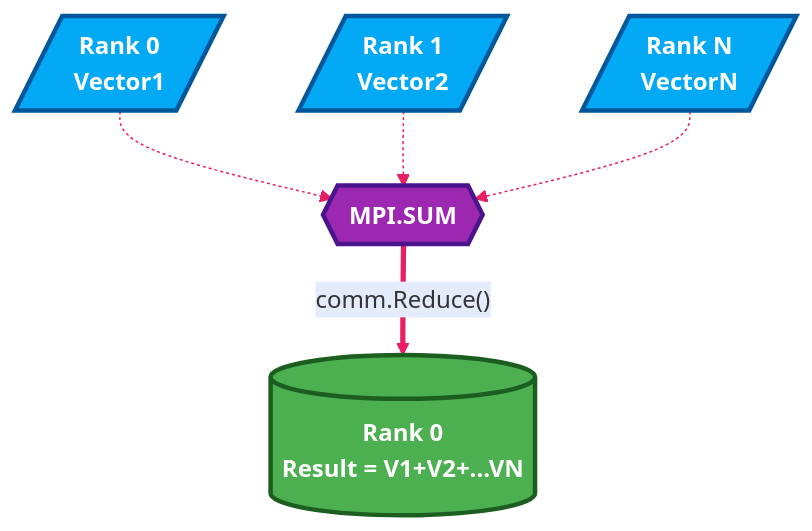
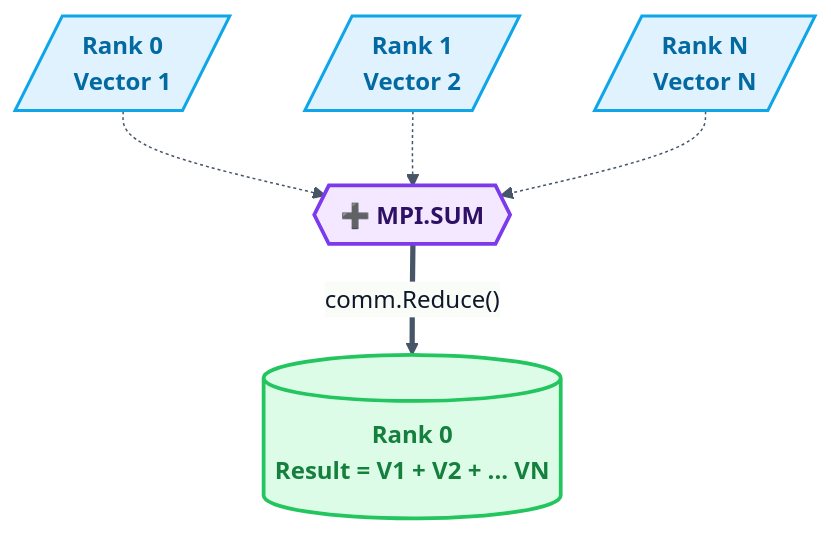
One commit to RameenAnwar/PDC-SP26-SE changed the seventh of 8 diagrams in SyedMuhammadHuzaifaAshrafi-(23FA-035-SE)/Chapter04/README.md. Above: the diagram before and after it, drawn with Mermaid. The commit also changed other lines of this file and 5 other files, not shown here.

````diff
--- a/SyedMuhammadHuzaifaAshrafi-(23FA-035-SE)/Chapter04/README.md
+++ b/SyedMuhammadHuzaifaAshrafi-(23FA-035-SE)/Chapter04/README.md
@@ -369,24 +196,24 @@
 ```mermaid
-%%{init: {'theme': 'base', 'themeVariables': { 'lineColor': '#E91E63', 'primaryColor': '#FCE4EC' }}}%%
+%%{init: {'theme': 'base', 'themeVariables': { 'lineColor': '#475569', 'primaryColor': '#f8fafc', 'primaryTextColor': '#0f172a', 'primaryBorderColor': '#cbd5e1' }}}%%
 flowchart TD
-    %% Pro Max Reduce Pattern
-    classDef compute fill:#9C27B0,stroke:#4A148C,stroke-width:3px,color:#FFFFFF,font-weight:bold
-    classDef pass fill:#03A9F4,stroke:#01579B,stroke-width:3px,color:#FFFFFF,font-weight:bold
-    classDef final fill:#4CAF50,stroke:#1B5E20,stroke-width:3px,color:#FFFFFF,font-weight:bold
+    %% Premium Reduce Pattern
+    classDef compute fill:#f3e8ff,stroke:#7c3aed,stroke-width:2.5px,color:#2e1065,font-weight:bold
+    classDef pass fill:#e0f2fe,stroke:#0ea5e9,stroke-width:2px,color:#0369a1,font-weight:bold
+    classDef final fill:#dcfce7,stroke:#22c55e,stroke-width:2.5px,color:#15803d,font-weight:bold
 
-    P1[/Rank 0 \n Vector1/]
-    P2[/Rank 1 \n Vector2/]
-    PX[/Rank N \n VectorN/]
+    P1[/"Rank 0 <br> Vector 1"/]
+    P2[/"Rank 1 <br> Vector 2"/]
+    PX[/"Rank N <br> Vector N"/]
 
-    Sum{{"MPI.SUM"}}
-    Root[("Rank 0 \n Result = V1+V2+...VN")]
+    Sum{{"➕ MPI.SUM"}}
+    Root[("Rank 0 <br> Result = V1 + V2 + ... VN")]
 
     P1 -.-> Sum
     P2 -.-> Sum
     PX -.-> Sum
     Sum == "comm.Reduce()" ==> Root
 
     class P1,P2,PX pass
     class Sum compute
     class Root final
 ```
````
